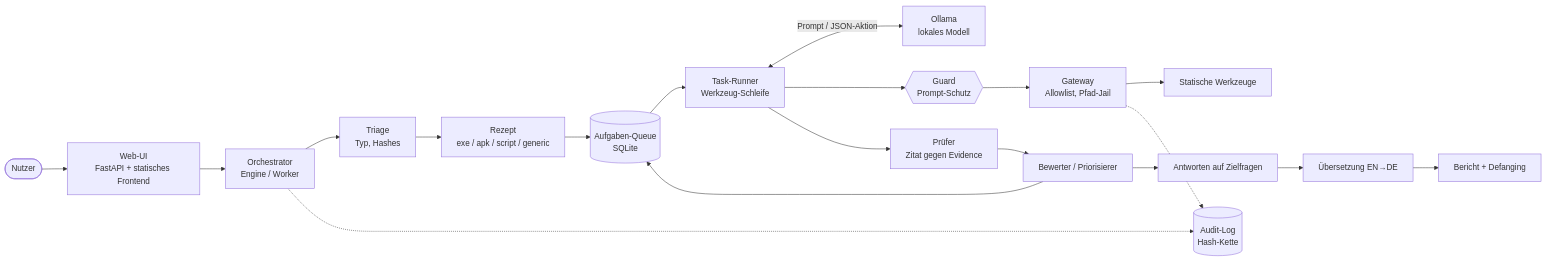
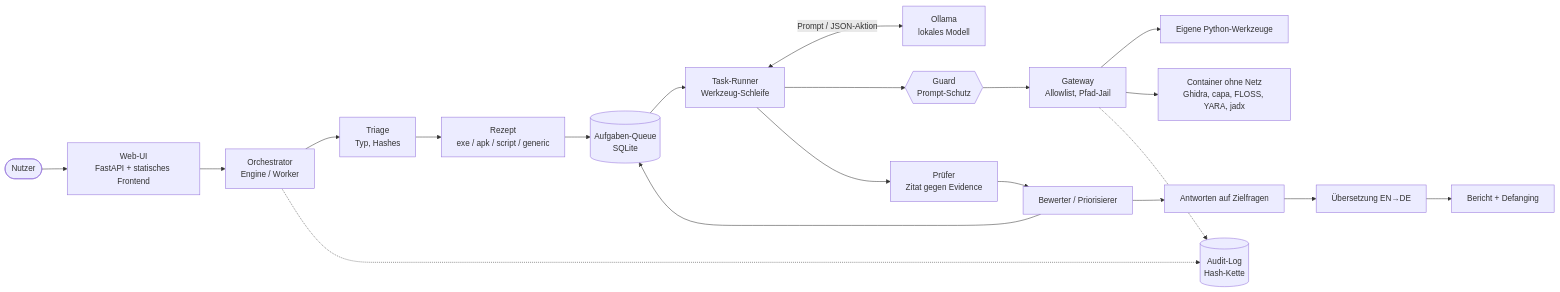
Before and after one commit to Agent4Forensic/LocalReverseAnyThingForensic: the first of 3 diagrams in README.md, drawn with Mermaid. The commit also changed other lines of this file and 7 other files, not shown here.

````diff
--- a/README.md
+++ b/README.md
@@ -20,21 +20,22 @@
 ```mermaid
 flowchart LR
     U([Nutzer]) --> UI[Web-UI<br/>FastAPI + statisches Frontend]
     UI --> ENG[Orchestrator<br/>Engine / Worker]
     ENG --> TRI[Triage<br/>Typ, Hashes]
     TRI --> REC[Rezept<br/>exe / apk / script / generic]
     REC --> Q[(Aufgaben-Queue<br/>SQLite)]
     Q --> RUN[Task-Runner<br/>Werkzeug-Schleife]
     RUN <-->|Prompt / JSON-Aktion| LLM[Ollama<br/>lokales Modell]
     RUN --> G{{Guard<br/>Prompt-Schutz}}
     G --> GW[Gateway<br/>Allowlist, Pfad-Jail]
-    GW --> T[Statische Werkzeuge]
+    GW --> T[Eigene Python-Werkzeuge]
+    GW --> TC[Container ohne Netz<br/>Ghidra, capa, FLOSS, YARA, jadx]
     RUN --> V[Prüfer<br/>Zitat gegen Evidence]
     V --> EV[Bewerter / Priorisierer]
     EV --> Q
     EV --> ANS[Antworten auf Zielfragen]
     ANS --> TR[Übersetzung EN→DE]
     TR --> REP[Bericht + Defanging]
     ENG -.-> AUD[(Audit-Log<br/>Hash-Kette)]
     GW -.-> AUD
 ```
````
